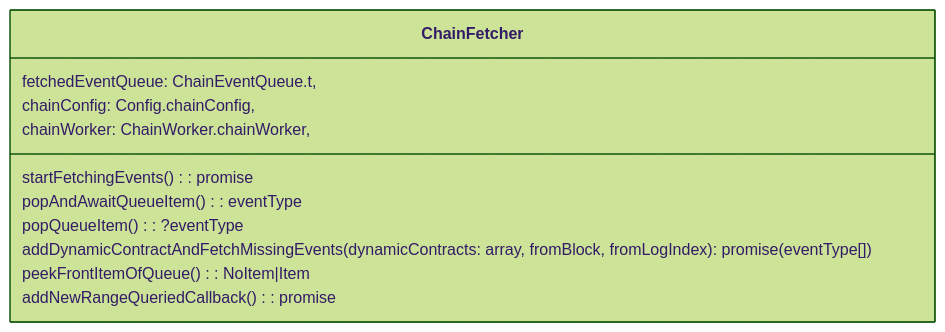
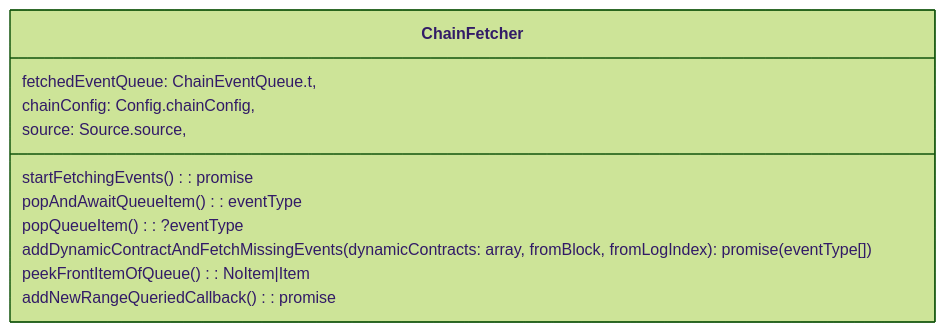
One commit to enviodev/hyperindex changed the second of 3 diagrams in internal_docs/EventFetchers.md. Above: the diagram before and after it, drawn with Mermaid (forest theme). The commit also changed other lines of this file and 17 other files, not shown here.

Commit message:
Rename ChainWorker to Source

````diff
--- a/internal_docs/EventFetchers.md
+++ b/internal_docs/EventFetchers.md
@@ -31,15 +31,15 @@
 ```mermaid
 classDiagram
   class ChainFetcher {
     fetchedEventQueue: ChainEventQueue.t,
     chainConfig: Config.chainConfig,
-    chainWorker: ChainWorker.chainWorker,
+    source: Source.source,
 
     startFetchingEvents(): promise
     popAndAwaitQueueItem(): eventType
     popQueueItem(): ?eventType
     addDynamicContractAndFetchMissingEvents(dynamicContracts: array, fromBlock, fromLogIndex): promise(eventType[])
     peekFrontItemOfQueue(): NoItem|Item
     addNewRangeQueriedCallback(): promise
   }
 ```
````
